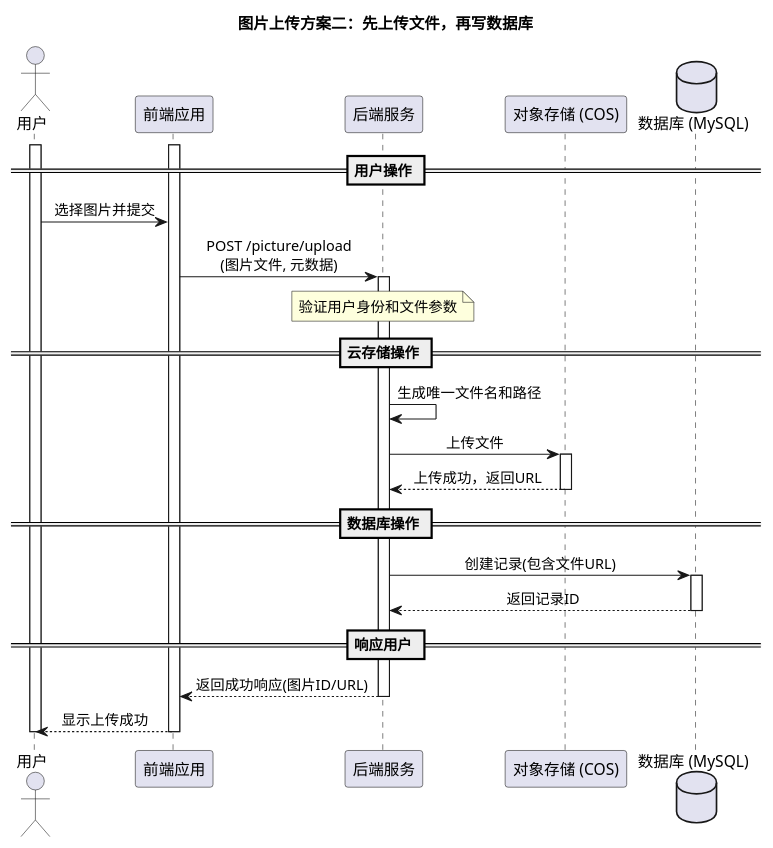
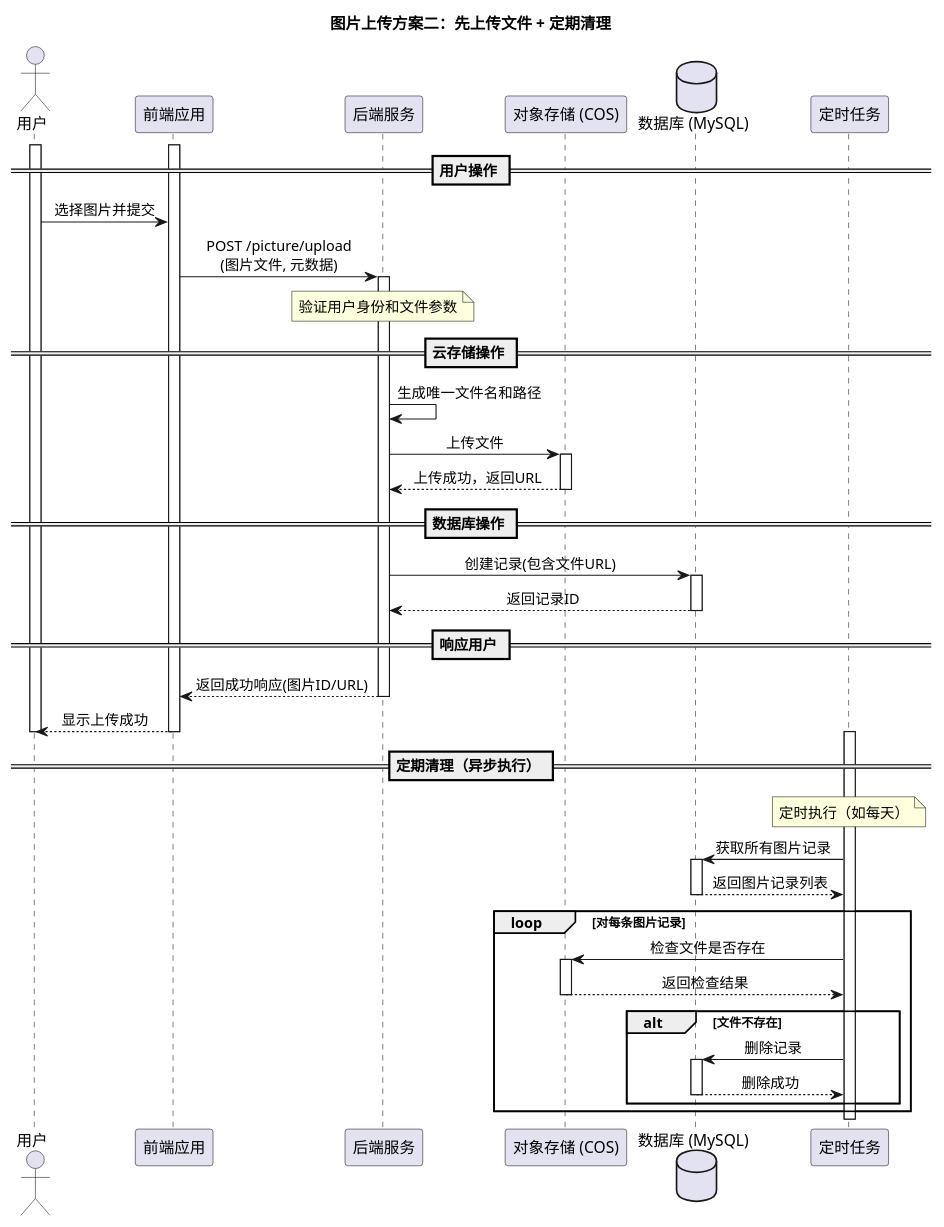
One commit to Rvioleck/3D-Lab-Data-Factory changed the diagram in src/main/resources/uml/ImageUpload2.puml. Above: the diagram before and after it, drawn with PlantUML. The commit also changed 12 other files, not shown here.

First line of the commit message:
feat(system): 实现图片上传和3D重建模块的定期清理功能

```diff
--- a/src/main/resources/uml/ImageUpload2.puml
+++ b/src/main/resources/uml/ImageUpload2.puml
@@ -1,36 +1,55 @@
 @startuml
-title 图片上传方案二：先上传文件，再写数据库
+title 图片上传方案二：先上传文件 + 定期清理
 
 actor "用户" as User
 participant "前端应用" as Frontend
 participant "后端服务" as Backend
 participant "对象存储 (COS)" as Cloud
 database "数据库 (MySQL)" as DB
+participant "定时任务" as Scheduler
 
 skinparam sequenceMessageAlign center
 
 activate Frontend
 activate User
 
 == 用户操作 ==
 User -> Frontend : 选择图片并提交
 Frontend -> Backend ++ : POST /picture/upload\n(图片文件, 元数据)
 note over Backend : 验证用户身份和文件参数
 
 == 云存储操作 ==
 Backend -> Backend : 生成唯一文件名和路径
 Backend -> Cloud ++ : 上传文件
 Cloud --> Backend -- : 上传成功，返回URL
 
 == 数据库操作 ==
 Backend -> DB ++ : 创建记录(包含文件URL)
 DB --> Backend -- : 返回记录ID
 
 == 响应用户 ==
 Backend --> Frontend -- : 返回成功响应(图片ID/URL)
 Frontend --> User : 显示上传成功
 
 deactivate User
 deactivate Frontend
 
+== 定期清理（异步执行） ==
+note over Scheduler : 定时执行（如每天）
+activate Scheduler
+Scheduler -> DB ++ : 获取所有图片记录
+DB --> Scheduler -- : 返回图片记录列表
+
+loop 对每条图片记录
+    Scheduler -> Cloud ++ : 检查文件是否存在
+    Cloud --> Scheduler -- : 返回检查结果
+    
+    alt 文件不存在
+        Scheduler -> DB ++ : 删除记录
+        DB --> Scheduler -- : 删除成功
+    end
+end
+
+deactivate Scheduler
+
 @enduml
```
